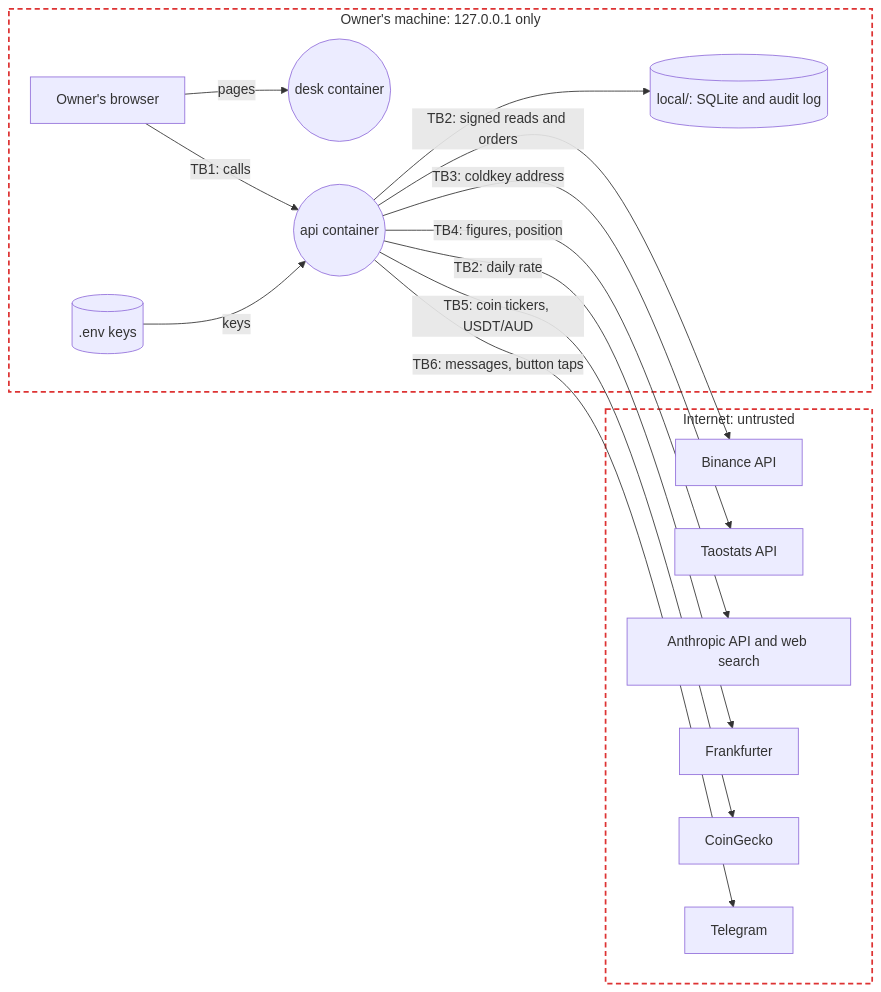
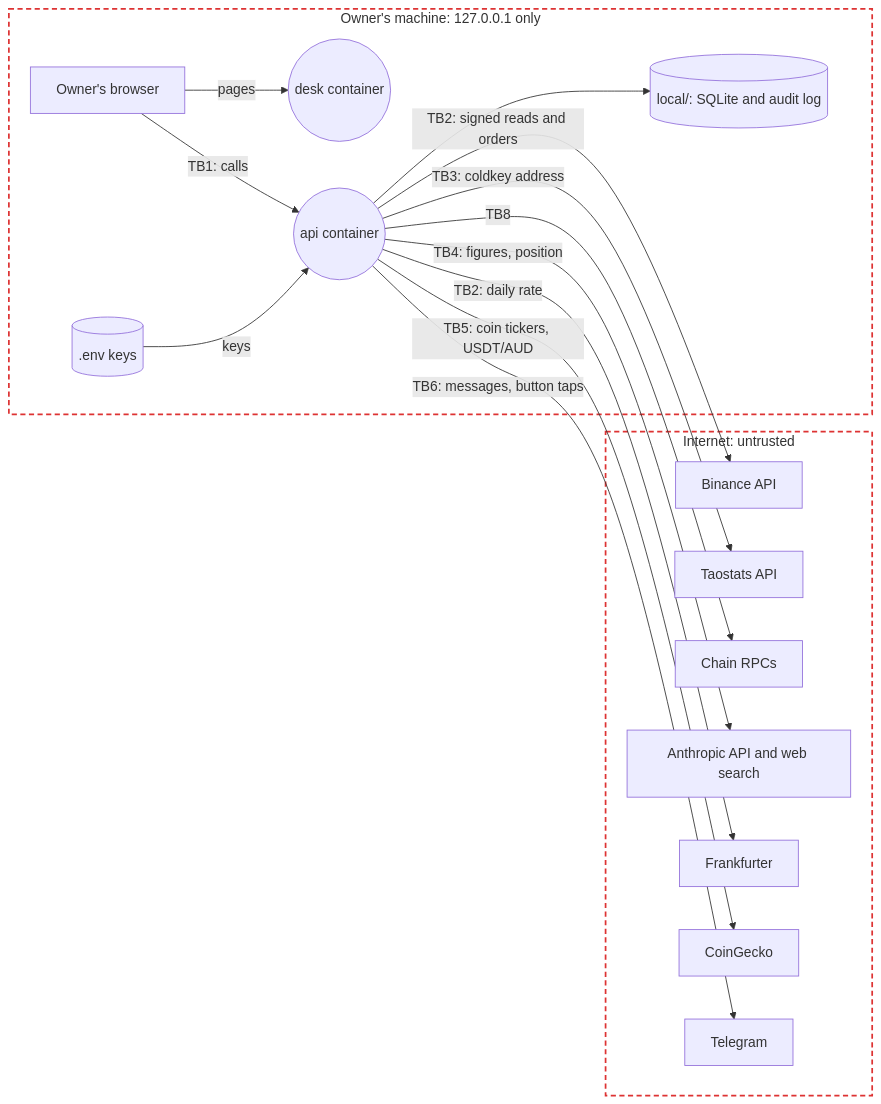
The diagram in docs/threat-model.md (euginevd/trading-desk), drawn with Mermaid before and after one commit. The commit also changed other lines of this file and 53 other files, not shown here.

````diff
--- a/docs/threat-model.md
+++ b/docs/threat-model.md
@@ -7,30 +7,32 @@
 ```mermaid
 flowchart LR
   subgraph machine ["Owner's machine: 127.0.0.1 only"]
     owner[Owner's browser]
     web((desk container))
     api((api container))
     env[(.env keys)]
     db[(local/: SQLite and audit log)]
   end
   subgraph internet ["Internet: untrusted"]
     binance[Binance API]
     taostats[Taostats API]
+    solana[Chain RPCs]
     anthropic[Anthropic API and web search]
     fx[Frankfurter]
     gecko[CoinGecko]
     tg[Telegram]
   end
   owner -- "pages" --> web
   owner -- "TB1: calls" --> api
   env -- "keys" --> api
   api --> db
   api -- "TB2: signed reads and orders" --> binance
   api -- "TB3: coldkey address" --> taostats
+  api -- "TB8" --> solana
   api -- "TB4: figures, position" --> anthropic
   api -- "TB2: daily rate" --> fx
   api -- "TB5: coin tickers, USDT/AUD" --> gecko
   api -- "TB6: messages, button taps" --> tg
   classDef boundary fill:none,stroke:#d33,stroke-width:2px,stroke-dasharray:6 4
   class internet,machine boundary
 ```
````
